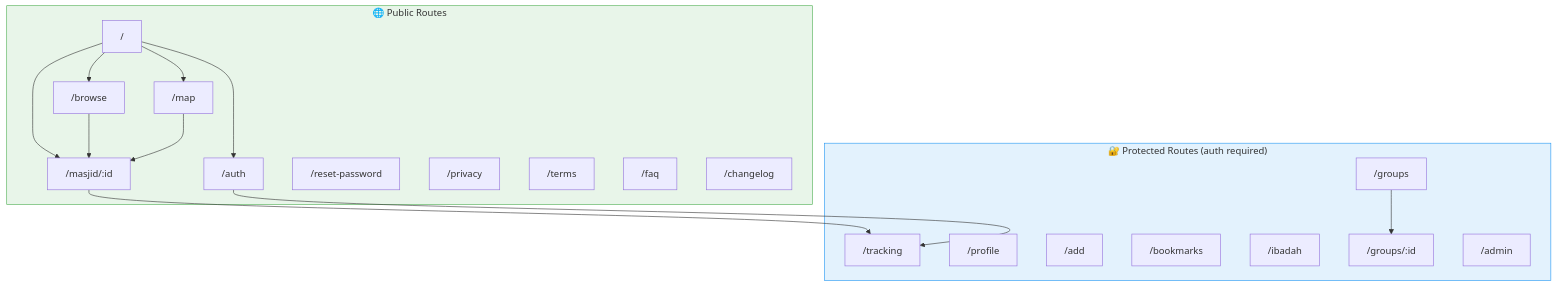
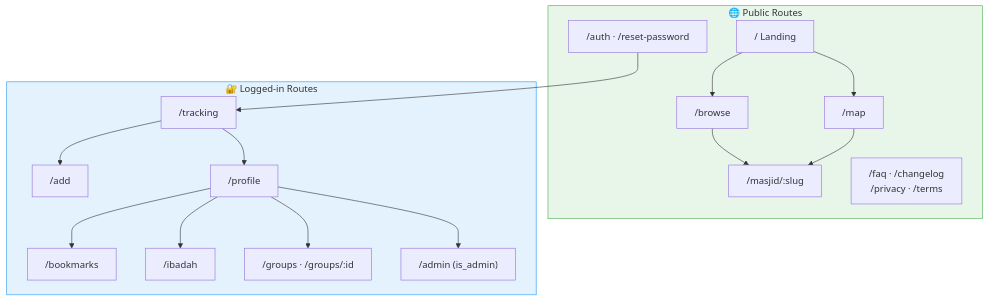
Before and after one commit to snsyaqirah/snsyaqirah.github.io: the fifth of 15 diagrams in portfolio-react/public/docs/singgahluhh.md, drawn with Mermaid. The commit also changed other lines of this file and 101 other files, not shown here.

````diff
--- a/portfolio-react/public/docs/singgahluhh.md
+++ b/portfolio-react/public/docs/singgahluhh.md
@@ -246,39 +202,34 @@
 ```mermaid
 graph TD
     subgraph Public ["🌐 Public Routes"]
-        ROOT["/"]
+        ROOT["/ Landing"]
         BROWSE["/browse"]
-        MAP["/map"]
-        DETAIL["/masjid/:id"]
-        AUTH["/auth"]
-        RESET["/reset-password"]
-        PRIV["/privacy"]
-        TERMS["/terms"]
-        FAQ["/faq"]
-        CL["/changelog"]
+        MAPV["/map"]
+        DET["/masjid/:slug"]
+        AUTH["/auth · /reset-password"]
+        INFO["/faq · /changelog<br/>/privacy · /terms"]
     end
-
-    subgraph Protected ["🔐 Protected Routes (auth required)"]
-        TRACKING["/tracking"]
-        PROFILE["/profile"]
+    subgraph Protected ["🔐 Logged-in Routes"]
+        TRACK["/tracking"]
         ADD["/add"]
-        BOOKMARKS["/bookmarks"]
+        PROF["/profile"]
+        BOOK["/bookmarks"]
         IBADAH["/ibadah"]
-        GROUPS["/groups"]
-        GROUP_D["/groups/:id"]
-        ADMIN["/admin"]
+        GRP["/groups · /groups/:id"]
+        ADM["/admin (is_admin)"]
     end
-
     ROOT --> BROWSE
-    ROOT --> MAP
-    ROOT --> DETAIL
-    ROOT --> AUTH
-    BROWSE --> DETAIL
-    MAP --> DETAIL
-    DETAIL --> TRACKING
-    AUTH --> TRACKING
-    GROUPS --> GROUP_D
+    ROOT --> MAPV
+    BROWSE --> DET
+    MAPV --> DET
+    AUTH --> TRACK
+    TRACK --> ADD
+    TRACK --> PROF
+    PROF --> BOOK
+    PROF --> IBADAH
+    PROF --> GRP
+    PROF --> ADM
 
     style Public fill:#e8f5e9,stroke:#4caf50
     style Protected fill:#e3f2fd,stroke:#2196f3
 ```
````
